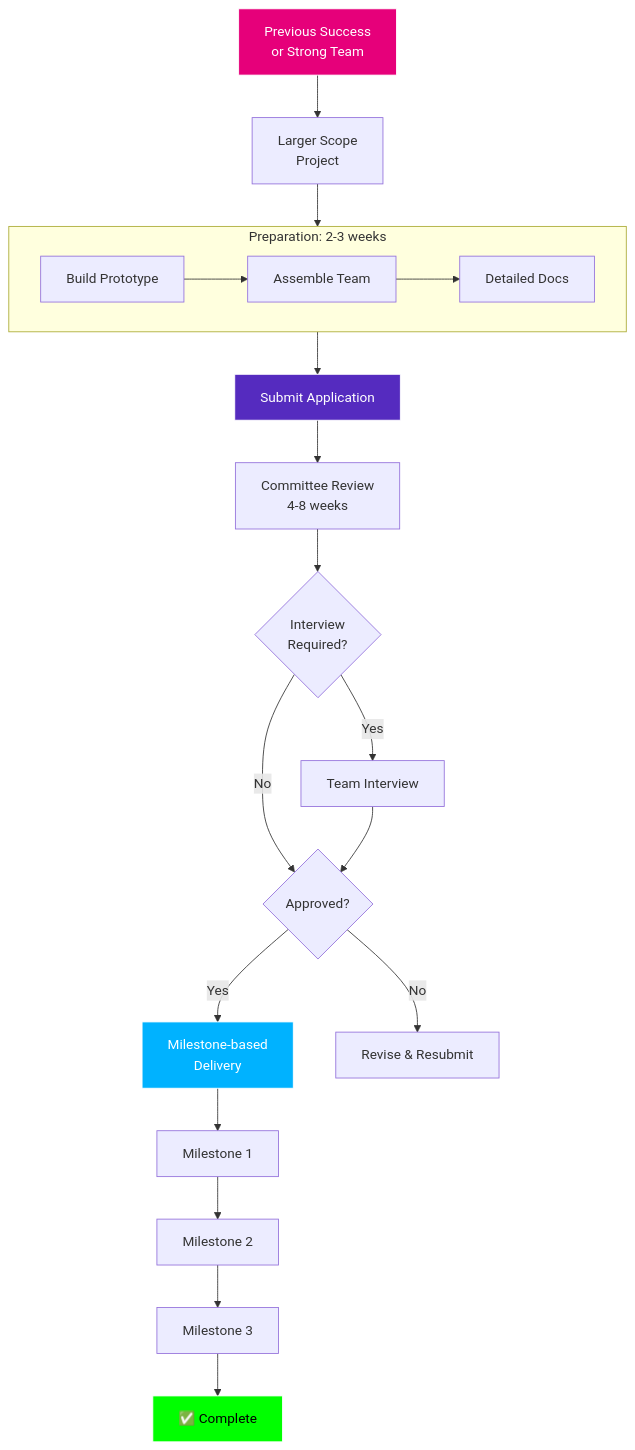
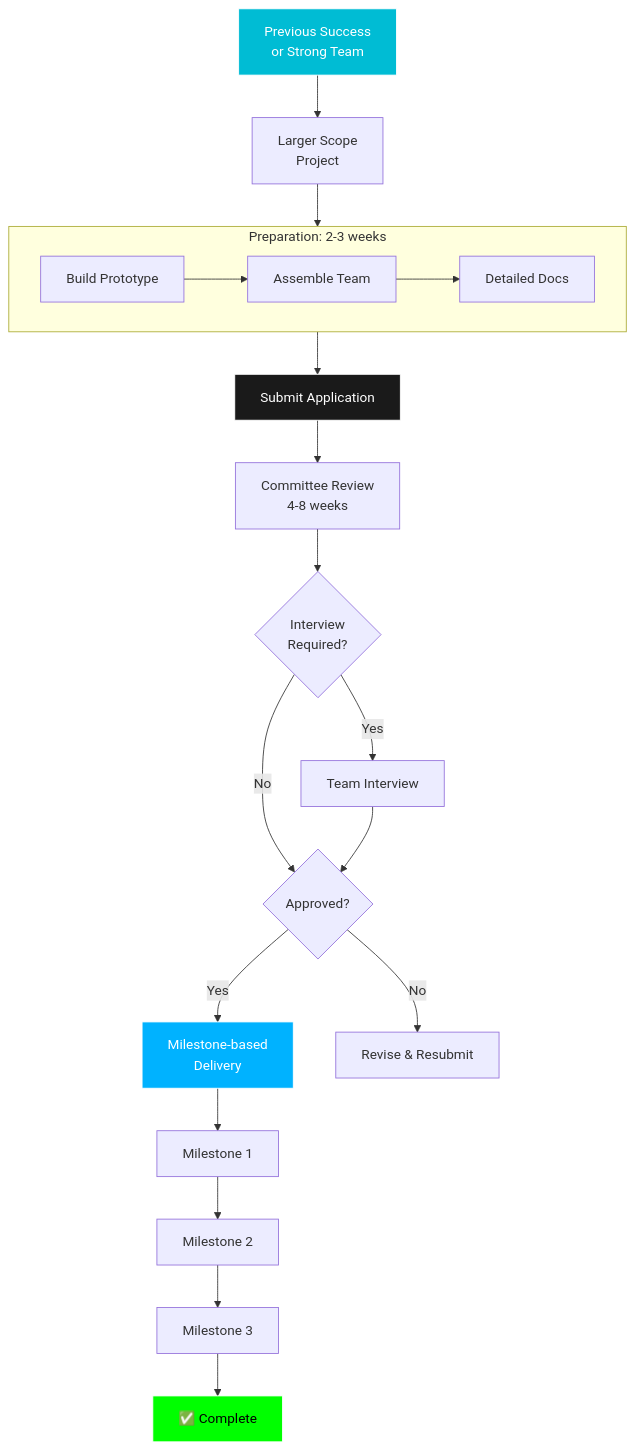
Before and after one commit to openguild-labs/polkadot-codecamp: the fifth of 17 diagrams in slides/polkadot-grant-ecosystem.md, drawn with Mermaid. The commit also changed other lines of this file and 6 other files, not shown here.

````diff
--- a/slides/polkadot-grant-ecosystem.md
+++ b/slides/polkadot-grant-ecosystem.md
@@ -255,34 +255,34 @@
 ```mermaid
 graph TB
     TRACK[Previous Success<br/>or Strong Team] --> SCOPE[Larger Scope<br/>Project]
 
     SCOPE --> PREP[Preparation Phase]
 
     subgraph PREP[Preparation: 2-3 weeks]
         PROTO[Build Prototype]
         TEAM[Assemble Team]
         DOCS[Detailed Docs]
         PROTO --> TEAM --> DOCS
     end
 
     PREP --> SUBMIT[Submit Application]
     SUBMIT --> REVIEW[Committee Review<br/>4-8 weeks]
 
     REVIEW --> INTERVIEW{Interview<br/>Required?}
     INTERVIEW -->|Yes| TALK[Team Interview]
     INTERVIEW -->|No| DECISION
     TALK --> DECISION{Approved?}
 
     DECISION -->|Yes| MILESTONE[Milestone-based<br/>Delivery]
     DECISION -->|No| REVISE[Revise & Resubmit]
 
     MILESTONE --> M1[Milestone 1]
     M1 --> M2[Milestone 2]
     M2 --> M3[Milestone 3]
     M3 --> COMPLETE[✅ Complete]
 
-    style TRACK fill:#E6007A,stroke:#fff,color:#fff
-    style SUBMIT fill:#552BBF,stroke:#fff,color:#fff
+    style TRACK fill:#00BCD4,stroke:#fff,color:#fff
+    style SUBMIT fill:#1a1a1a,stroke:#fff,color:#fff
     style MILESTONE fill:#00B2FF,stroke:#fff,color:#fff
     style COMPLETE fill:#00ff00,stroke:#fff,color:#000
 ```
````
